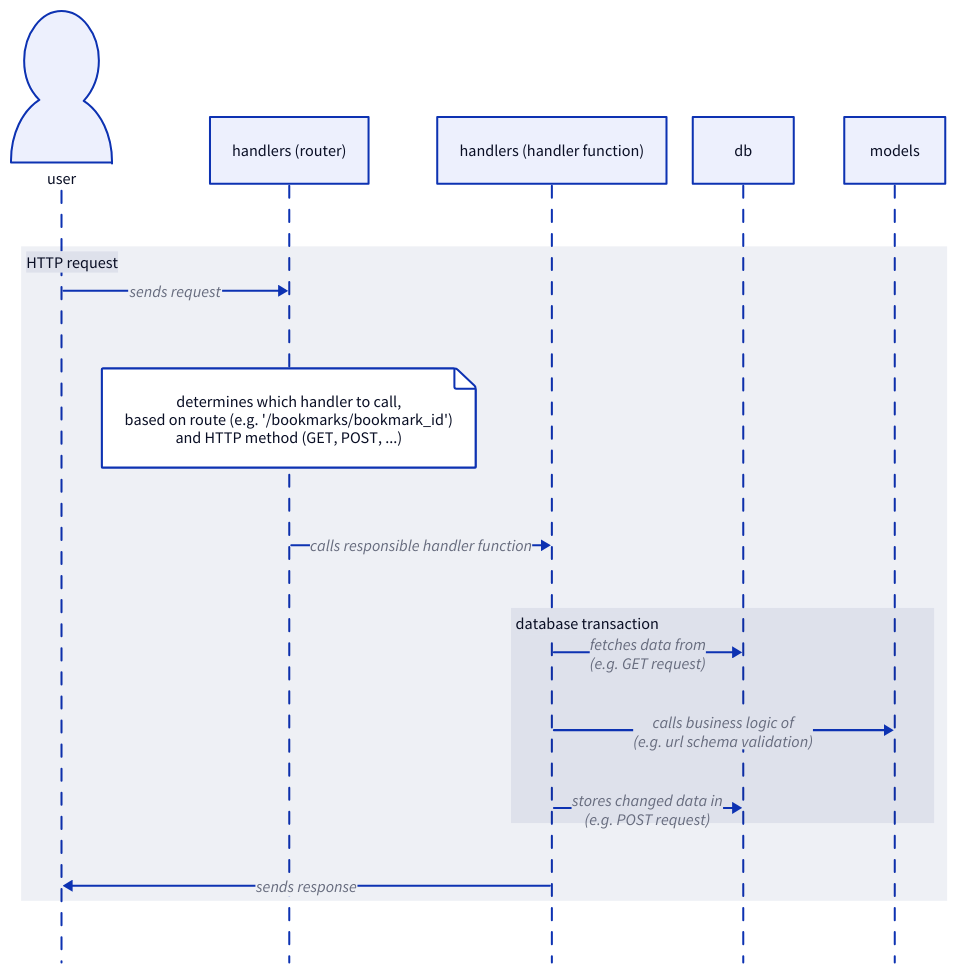
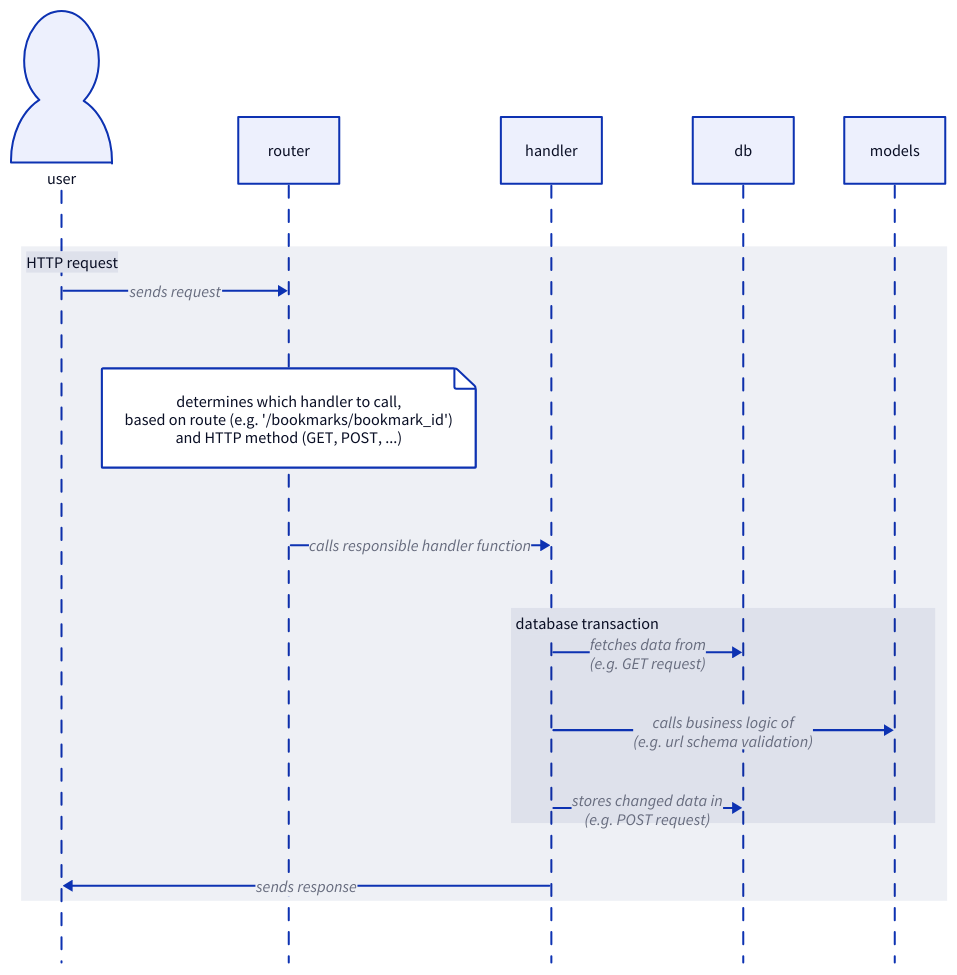
One commit to senekor/buenzlimarks changed the diagram in docs/arc42/d2/api_request.d2. Above: the diagram before and after it, drawn with D2. The commit also changed 5 other files, not shown here.

Commit message:
update architecture diagrams

```diff
--- a/docs/arc42/d2/api_request.d2
+++ b/docs/arc42/d2/api_request.d2
@@ -1,34 +1,34 @@
 shape: sequence_diagram
 
 user.shape: person
-router: handlers (router)
-handler: handlers (handler function)
+router
+handler
 db
 models
 
 HTTP request: {
   user -> router: sends request
 
   router.routing: "determines which handler to call,\nbased on route (e.g. '/bookmarks/bookmark_id')\nand HTTP method (GET, POST, ...)"
 
   router -> handler: calls responsible handler function
 
   database transaction: {
     handler -> db: |md
       fetches data from
       (e.g. GET request)
     |
 
     handler -> models: |md
       calls business logic of
       (e.g. url schema validation)
     |
 
     handler -> db: |md
       stores changed data in
       (e.g. POST request)
     |
   }
 
   handler -> user: sends response
 }
```
